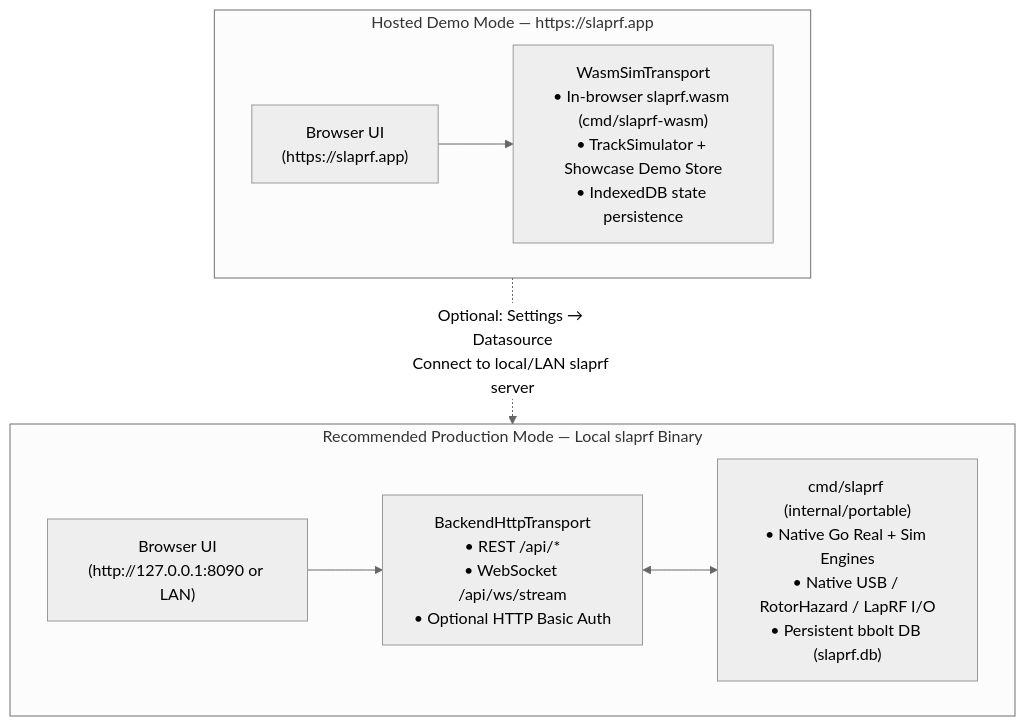
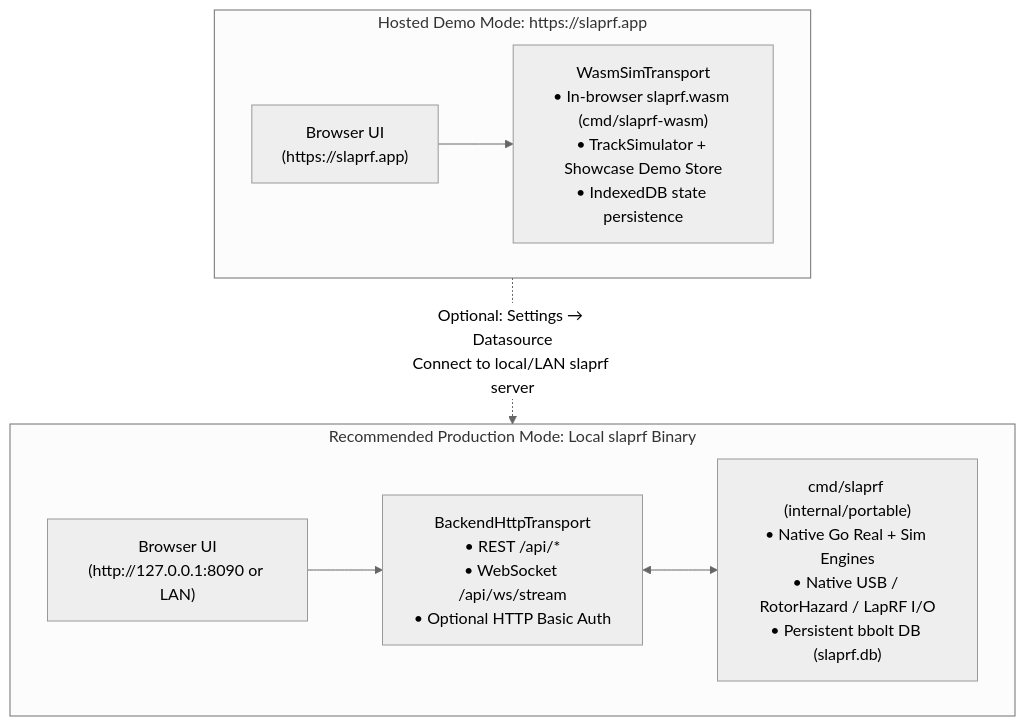
Before and after one commit to kaack/SlapRF: the sixth of 6 diagrams in docs/ARCHITECTURE.md, drawn with Mermaid (neutral theme). The commit also changed other lines of this file and 2 other files, not shown here.

Commit message:
Rewrite README, ARCHITECTURE, and DEVELOPER docs in Simplified Technical English

````diff
--- a/docs/ARCHITECTURE.md
+++ b/docs/ARCHITECTURE.md
@@ -319,19 +319,19 @@
 ```mermaid
 flowchart TB
-    subgraph Prod["Recommended Production Mode — Local slaprf Binary"]
+    subgraph Prod["Recommended Production Mode: Local slaprf Binary"]
         direction LR
         UI1["Browser UI\n(http://127.0.0.1:8090 or LAN)"]
         BHT["BackendHttpTransport\n• REST /api/*\n• WebSocket /api/ws/stream\n• Optional HTTP Basic Auth"]
         GoSrv["cmd/slaprf (internal/portable)\n• Native Go Real + Sim Engines\n• Native USB / RotorHazard / LapRF I/O\n• Persistent bbolt DB (slaprf.db)"]
         UI1 --> BHT <--> GoSrv
     end
 
-    subgraph BrowserDemo["Hosted Demo Mode — https://slaprf.app"]
+    subgraph BrowserDemo["Hosted Demo Mode: https://slaprf.app"]
         direction LR
         UI2["Browser UI\n(https://slaprf.app)"]
         WST["WasmSimTransport\n• In-browser slaprf.wasm (cmd/slaprf-wasm)\n• TrackSimulator + Showcase Demo Store\n• IndexedDB state persistence"]
         UI2 --> WST
     end
 
     UI2 -. "Optional: Settings → Datasource\nConnect to local/LAN slaprf server" .-> GoSrv
 ```
````
